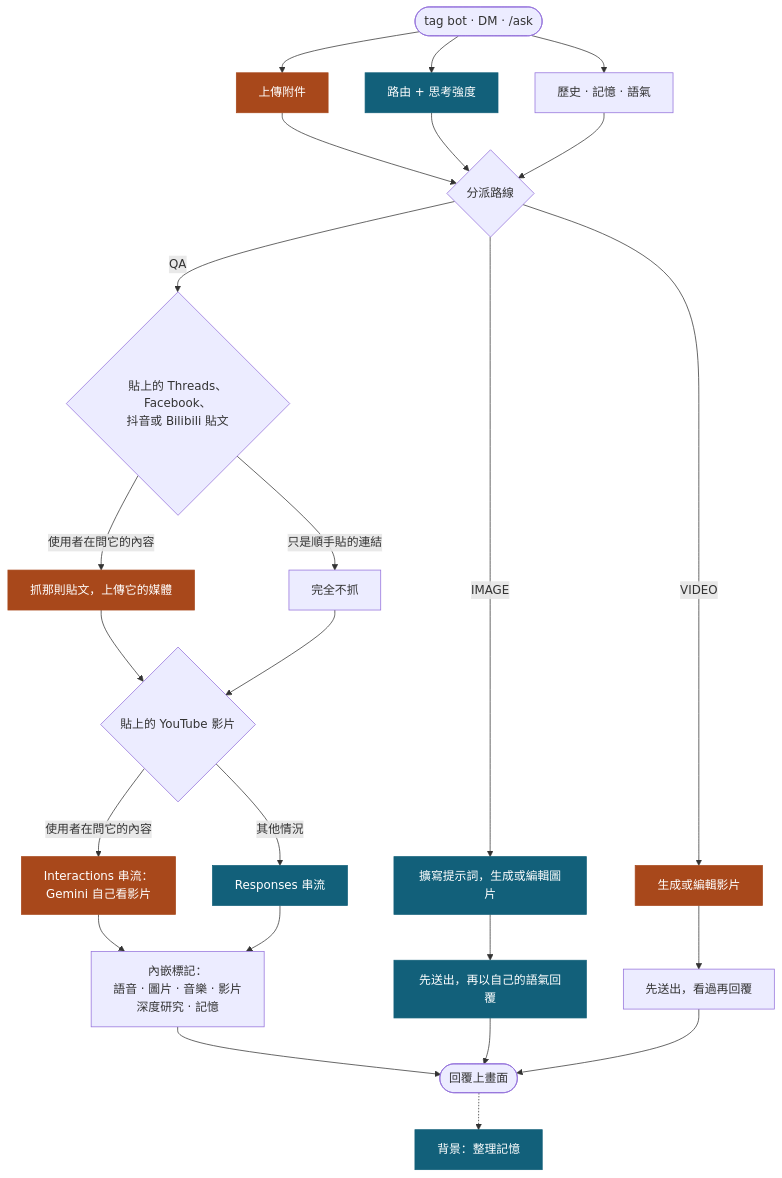
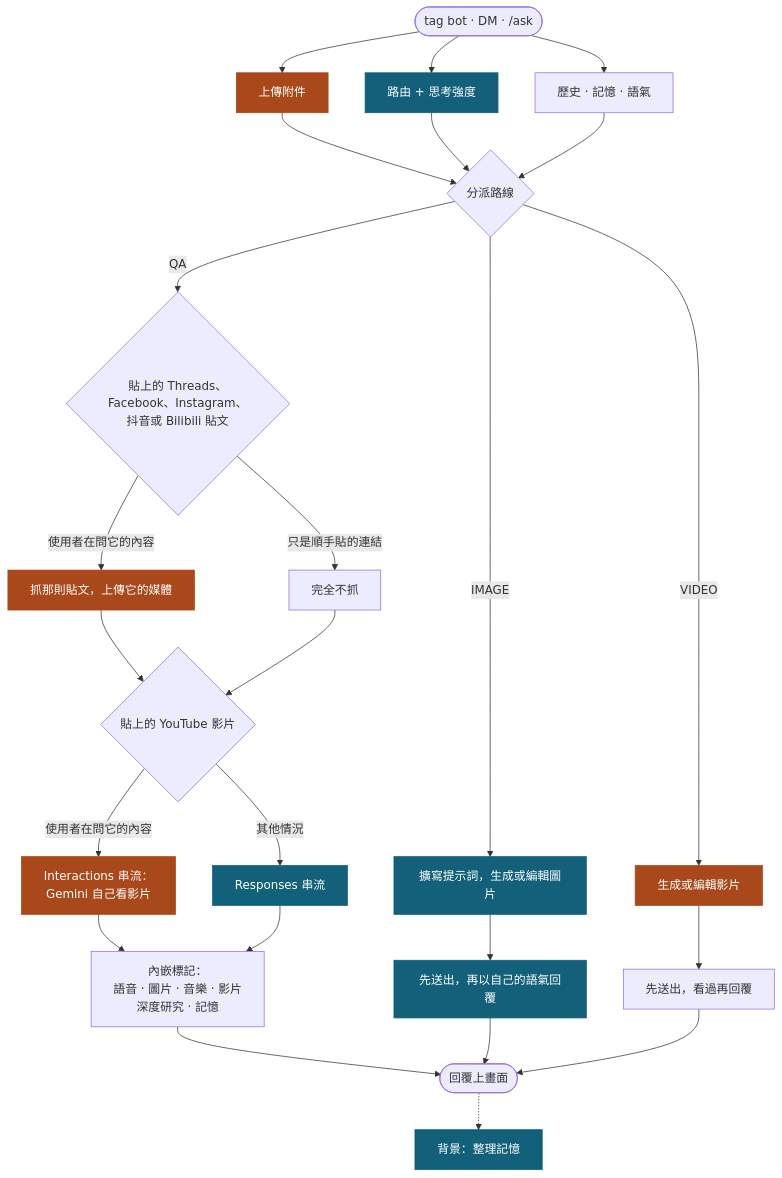
Before and after one commit to Mai0313/discordbot: the diagram in README.zh-TW.md, drawn with Mermaid. The commit also changed other lines of this file and 5 other files, not shown here.

````diff
--- a/README.zh-TW.md
+++ b/README.zh-TW.md
@@ -43,33 +43,33 @@
 ```mermaid
 flowchart TD
     U(["tag bot · DM · /ask"]) --> UP & RT & CX
 
     UP["上傳附件"]
     RT["路由 + 思考強度"]
     CX["歷史 · 記憶 · 語氣"]
 
     UP & RT & CX --> R{"分派路線"}
 
-    R -->|QA| L{"貼上的 Threads、Facebook、<br/>抖音或 Bilibili 貼文"}
+    R -->|QA| L{"貼上的 Threads、Facebook、Instagram、<br/>抖音或 Bilibili 貼文"}
     L -->|"使用者在問它的內容"| LF["抓那則貼文，上傳它的媒體"]
     L -->|"只是順手貼的連結"| LS["完全不抓"]
     LF & LS --> Y{"貼上的 YouTube 影片"}
     Y -->|"使用者在問它的內容"| YT["Interactions 串流：<br/>Gemini 自己看影片"]
     Y -->|"其他情況"| QS["Responses 串流"]
     YT & QS --> Q2["內嵌標記：<br/>語音 · 圖片 · 音樂 · 影片<br/>深度研究 · 記憶"]
 
     R -->|IMAGE| I1["擴寫提示詞，生成或編輯圖片"]
     I1 --> I2["先送出，再以自己的語氣回覆"]
     R -->|VIDEO| V1["生成或編輯影片"]
     V1 --> V2["先送出，看過再回覆"]
 
     Q2 --> OUT(["回覆上畫面"])
     I2 --> OUT
     V2 --> OUT
     OUT -.-> MM["背景：整理記憶"]
 
     classDef proxy fill:#12607a,stroke:#12607a,color:#ffffff
     classDef direct fill:#a8481b,stroke:#a8481b,color:#ffffff
     class RT,QS,I1,I2,MM proxy
     class UP,LF,YT,V1 direct
 ```
````
